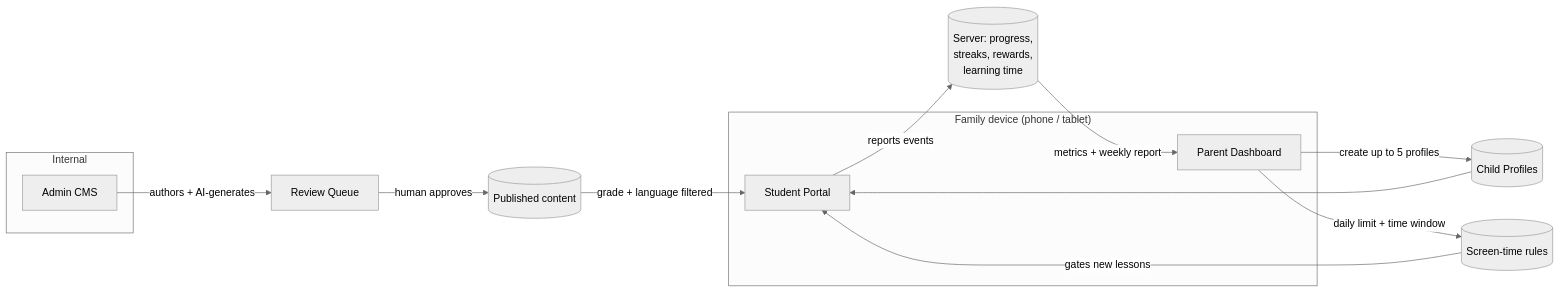
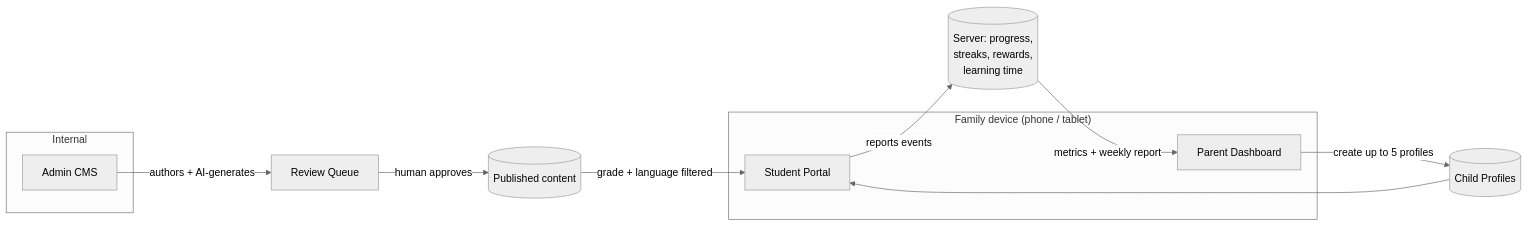
Before and after one commit to salmanbd100/kidlearn: the second of 26 diagrams in document/user-journey-manual.md, drawn with Mermaid (neutral theme). The commit also changed other lines of this file and 7 other files, not shown here.

First line of the commit message:
docs: re-point the maintained screen-time references

````diff
--- a/document/user-journey-manual.md
+++ b/document/user-journey-manual.md
@@ -85,22 +83,20 @@
 ```mermaid
 flowchart LR
     subgraph Family["Family device (phone / tablet)"]
         SP[Student Portal]
         PD[Parent Dashboard]
     end
     subgraph Internal["Internal"]
         AD[Admin CMS]
     end
 
     AD -->|authors + AI-generates| RQ[Review Queue]
     RQ -->|human approves| PUB[(Published content)]
     PUB -->|grade + language filtered| SP
 
     PD -->|create up to 5 profiles| PROF[(Child Profiles)]
-    PD -->|daily limit + time window| LIMITS[(Screen-time rules)]
     PROF --> SP
-    LIMITS -->|gates new lessons| SP
 
     SP -->|reports events| SRV[(Server: progress,<br/>streaks, rewards,<br/>learning time)]
     SRV -->|metrics + weekly report| PD
 ```
````
